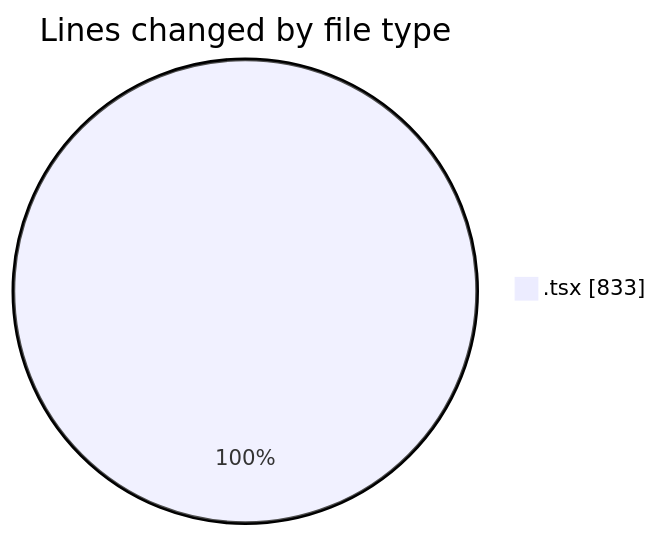
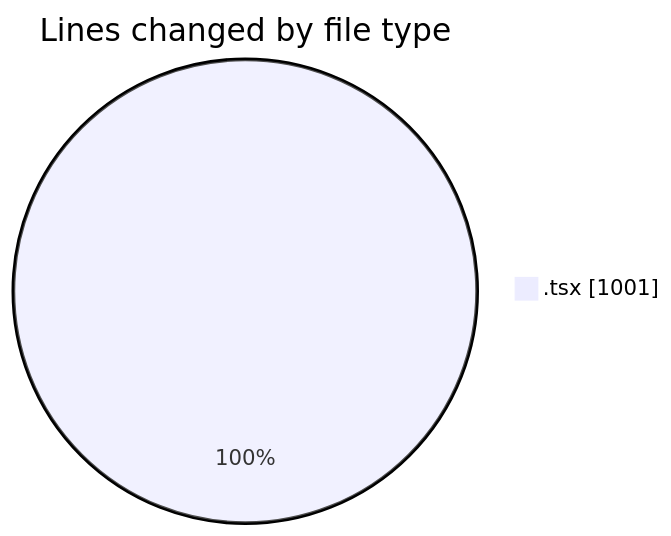
One commit to nxtqubesakshisongat/code-tracking changed the first of 2 diagrams in 2026-07-11/nxtqube_webapp/README.md. Above: the diagram before and after it, drawn with Mermaid. The commit also changed other lines of this file and 1 other file, not shown here.

````diff
--- a/2026-07-11/nxtqube_webapp/README.md
+++ b/2026-07-11/nxtqube_webapp/README.md
@@ -22,5 +23,5 @@
 ```mermaid
 pie showData
 title Lines changed by file type
-".tsx" : 833
+".tsx" : 1001
 ```
````
